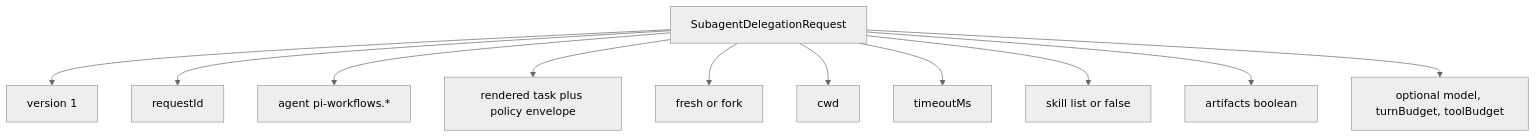
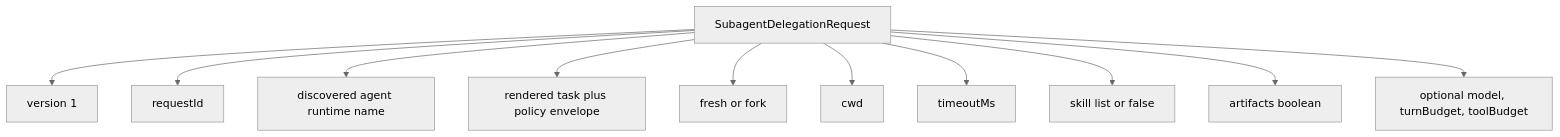
The second of 6 diagrams in openwiki/integrations/subagents.md (wichayutdew/pi-workflows), drawn with Mermaid (neutral theme) before and after one commit. The commit also changed other lines of this file and 84 other files, not shown here.

````diff
--- a/openwiki/integrations/subagents.md
+++ b/openwiki/integrations/subagents.md
@@ -26,13 +33,13 @@
 ```mermaid
 flowchart TD
   Request[SubagentDelegationRequest] --> Version[version 1]
   Request --> Id[requestId]
-  Request --> Agent[agent pi-workflows.*]
+  Request --> Agent[discovered agent runtime name]
   Request --> Task[rendered task plus policy envelope]
   Request --> Context[fresh or fork]
   Request --> Cwd[cwd]
   Request --> Timeout[timeoutMs]
   Request --> Skills[skill list or false]
   Request --> Artifacts[artifacts boolean]
   Request --> Optional[optional model, turnBudget, toolBudget]
 ```
````
